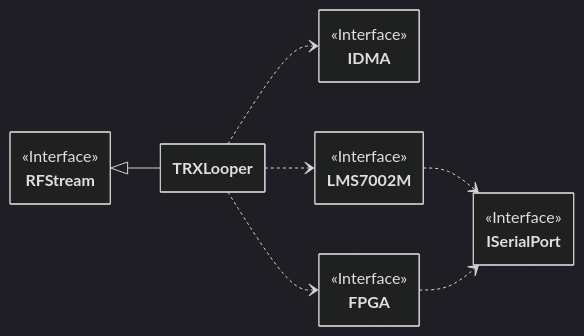
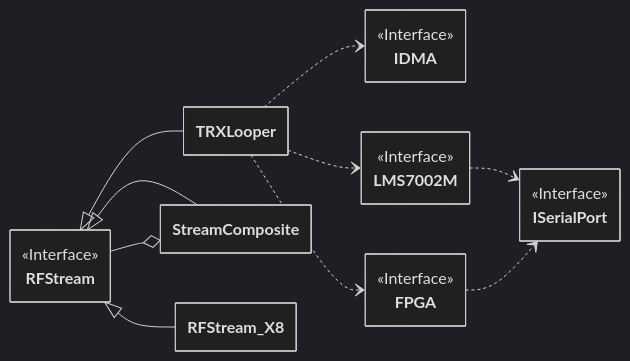
One commit to myriadrf/LimeSuiteNG changed the diagram in docs/developer/Introduction/streaming_class.mmd. Above: the diagram before and after it, drawn with Mermaid (dark theme). The commit also changed 2 other files, not shown here.

Commit message:
docs: update class diagrams to the current code structure
Add LimeNET_Micro to the device class diagram, add StreamComposite
and RFStream_X8 to the streaming class diagram.

Part of #183

```diff
--- a/docs/developer/Introduction/streaming_class.mmd
+++ b/docs/developer/Introduction/streaming_class.mmd
@@ -1,26 +1,33 @@
 ---
     config:
         class:
             hideEmptyMembersBox: True
 ---
 
 classDiagram
     direction LR
 
     class RFStream {<<Interface>>}
     class TRXLooper
+    class StreamComposite
+    class RFStream_X8
 
     class IDMA {<<Interface>>}
     class LMS7002M {<<Interface>>}
     class FPGA {<<Interface>>}
     class ISerialPort {<<Interface>>}
 
     %% Inheritance
     RFStream<|--TRXLooper
+    RFStream<|--StreamComposite
+    RFStream<|--RFStream_X8
+
+    %% Aggregation
+    StreamComposite o-- RFStream
 
     %% Dependencies
     TRXLooper..>IDMA
     TRXLooper..>LMS7002M
     TRXLooper..>FPGA
     LMS7002M..>ISerialPort
     FPGA..>ISerialPort
```
